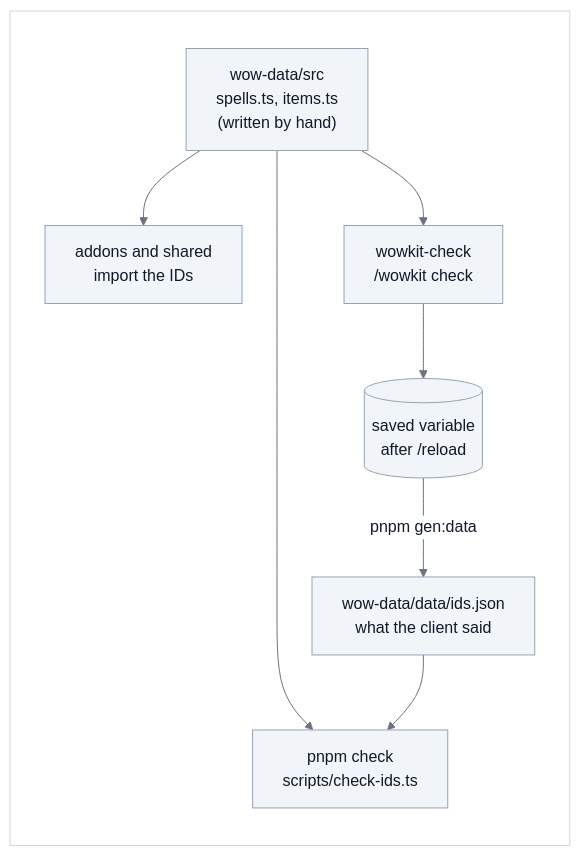
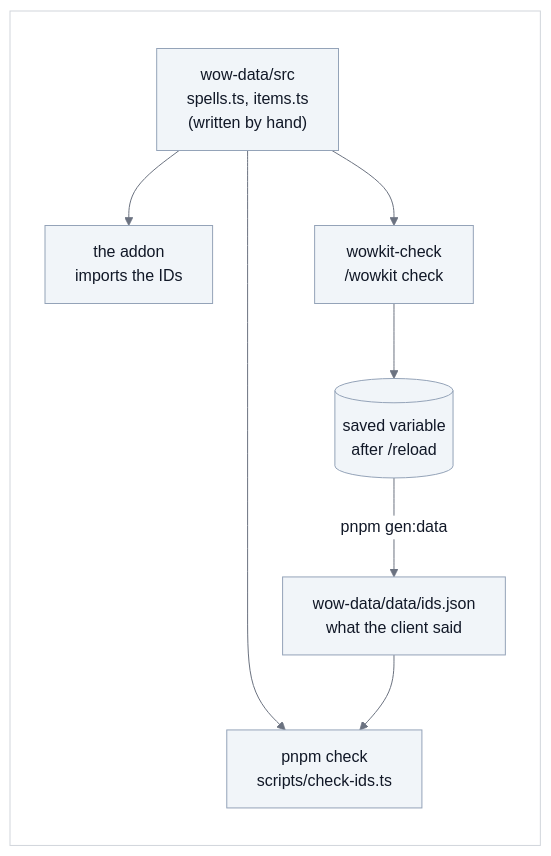
Before and after one commit to vattiss/wowkit: the second of 9 diagrams in docs/architecture.md, drawn with Mermaid. The commit also changed other lines of this file and 265 other files, not shown here.

````diff
--- a/docs/architecture.md
+++ b/docs/architecture.md
@@ -84,21 +83,21 @@
 ```mermaid
 %%{init: {"theme":"base","themeVariables":{"background":"#ffffff","lineColor":"#6b7280","textColor":"#111827","primaryColor":"#f1f5f9","primaryTextColor":"#111827","primaryBorderColor":"#94a3b8","secondaryColor":"#e2e8f0","tertiaryColor":"#ffffff","mainBkg":"#f1f5f9","nodeBorder":"#94a3b8","nodeTextColor":"#111827","titleColor":"#111827","edgeLabelBackground":"#ffffff","labelBackground":"#ffffff","labelTextColor":"#111827","clusterBkg":"#ffffff","clusterBorder":"#d1d5db","classText":"#111827","actorBkg":"#f1f5f9","actorTextColor":"#111827","actorBorder":"#94a3b8","actorLineColor":"#6b7280","signalColor":"#374151","signalTextColor":"#111827","noteBkgColor":"#fef9c3","noteTextColor":"#111827","noteBorderColor":"#ca8a04"}}}%%
 flowchart LR
     classDef default fill:#f1f5f9,stroke:#94a3b8,color:#111827
     subgraph PANEL[" "]
         data["wow-data/src<br/>spells.ts, items.ts<br/>(written by hand)"]
-        code["addons and shared<br/>import the IDs"]
+        code["the addon<br/>imports the IDs"]
         checker["wowkit-check<br/>/wowkit check"]
         saved[("saved variable<br/>after /reload")]
         ids["wow-data/data/ids.json<br/>what the client said"]
         check["pnpm check<br/>scripts/check-ids.ts"]
         data --> code
         data --> checker
         checker --> saved
         saved -- "pnpm gen:data" --> ids
         data --> check
         ids --> check
     end
     classDef panel fill:#ffffff,stroke:#d1d5db,color:#111827
     class PANEL panel
 ```
````
